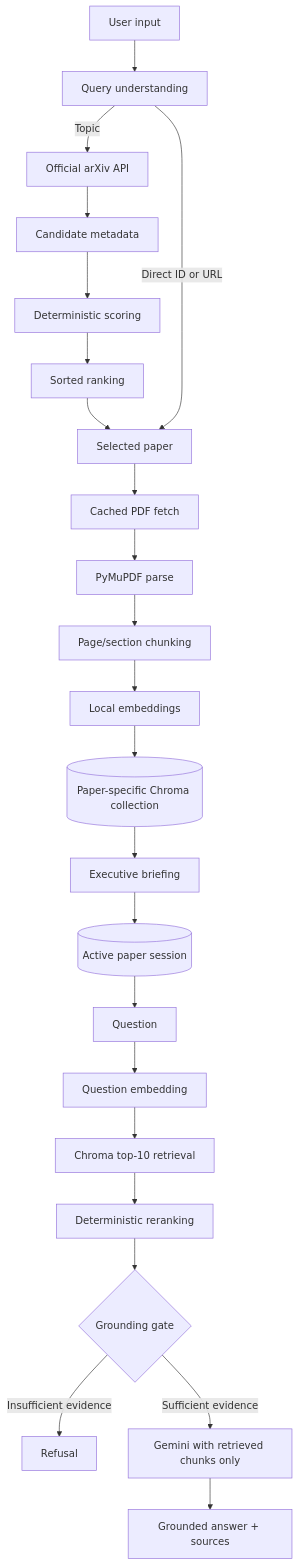
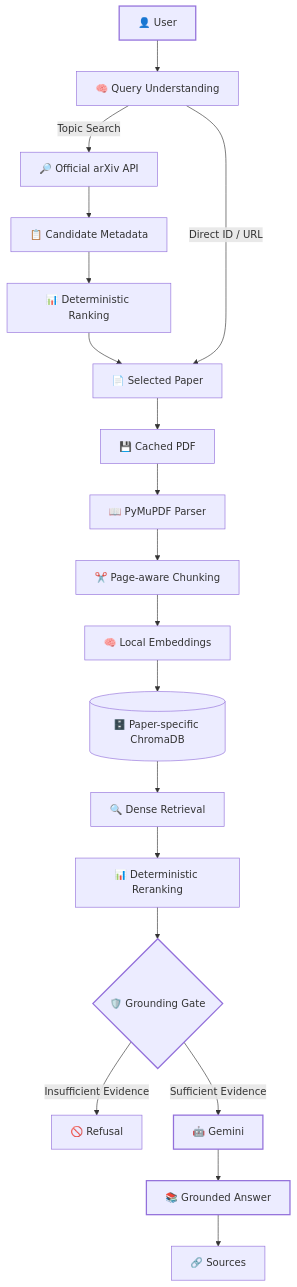
The diagram in README.md (amruthssss/Autonomous_arXiv_Assessment-), drawn with Mermaid before and after one commit. The commit also changed other lines of this file, not shown here.

````diff
--- a/README.md
+++ b/README.md
@@ -54,25 +341,33 @@
 ```mermaid
 flowchart TD
-    A[User input] --> B[Query understanding]
-    B -->|Topic| C[Official arXiv API]
-    C --> D[Candidate metadata]
-    D --> E[Deterministic scoring]
-    E --> F[Sorted ranking]
-    F --> G[Selected paper]
-    B -->|Direct ID or URL| G
-    G --> H[Cached PDF fetch]
-    H --> I[PyMuPDF parse]
-    I --> J[Page/section chunking]
-    J --> K[Local embeddings]
-    K --> L[(Paper-specific Chroma collection)]
-    L --> M[Executive briefing]
-    M --> N[(Active paper session)]
-    N --> O[Question]
-    O --> P[Question embedding]
-    P --> Q[Chroma top-10 retrieval]
-    Q --> R[Deterministic reranking]
-    R --> S{Grounding gate}
-    S -->|Insufficient evidence| T[Refusal]
-    S -->|Sufficient evidence| U[Gemini with retrieved chunks only]
-    U --> V[Grounded answer + sources]
+
+    A["👤 User"] --> B["🧠 Query Understanding"]
+
+    B -->|Topic Search| C["🔎 Official arXiv API"]
+    C --> D["📋 Candidate Metadata"]
+    D --> E["📊 Deterministic Ranking"]
+    E --> F["📄 Selected Paper"]
+
+    B -->|Direct ID / URL| F
+
+    F --> G["💾 Cached PDF"]
+    G --> H["📖 PyMuPDF Parser"]
+    H --> I["✂️ Page-aware Chunking"]
+    I --> J["🧠 Local Embeddings"]
+    J --> K[("🗄️ Paper-specific ChromaDB")]
+
+    K --> L["🔍 Dense Retrieval"]
+    L --> M["📊 Deterministic Reranking"]
+    M --> N{"🛡️ Grounding Gate"}
+
+    N -->|Insufficient Evidence| O["🚫 Refusal"]
+    N -->|Sufficient Evidence| P["🤖 Gemini"]
+
+    P --> Q["📚 Grounded Answer"]
+    Q --> R["🔗 Sources"]
+
+    style A stroke-width:2px
+    style N stroke-width:2px
+    style P stroke-width:2px
+    style Q stroke-width:2px
 ```
````
